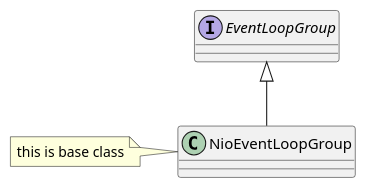
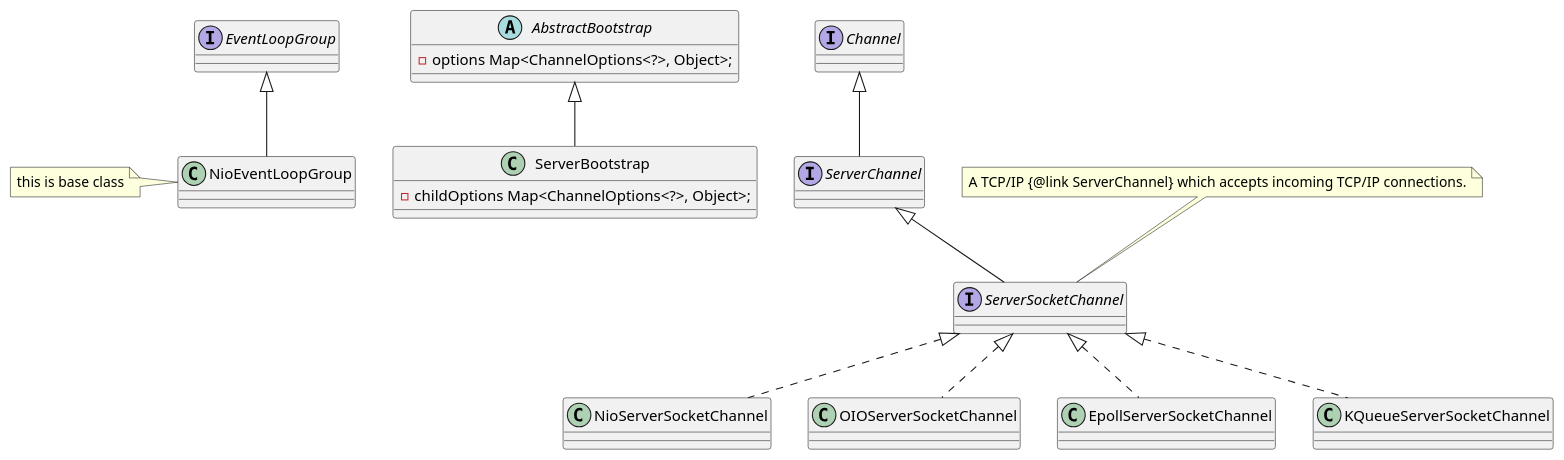
One commit to loversugar/netty-learning changed the diagram in netty.puml. Above: the diagram before and after it, drawn with PlantUML. The commit also changed 3 other files, not shown here.

```diff
--- a/netty.puml
+++ b/netty.puml
@@ -1,8 +1,34 @@
 @startuml
 interface EventLoopGroup
 class NioEventLoopGroup {
 }
 
 note left of NioEventLoopGroup: this is base class
 EventLoopGroup <|-- NioEventLoopGroup
+
+abstract AbstractBootstrap {
+    -options Map<ChannelOptions<?>, Object>;
+}
+class ServerBootstrap {
+    -childOptions Map<ChannelOptions<?>, Object>;
+}
+AbstractBootstrap <|-- ServerBootstrap
+
+interface Channel
+interface ServerChannel
+interface ServerSocketChannel
+note top of ServerSocketChannel: A TCP/IP {@link ServerChannel} which accepts incoming TCP/IP connections.
+
+class NioServerSocketChannel
+class OIOServerSocketChannel
+class EpollServerSocketChannel
+class KQueueServerSocketChannel
+
+Channel <|-- ServerChannel
+ServerChannel <|-- ServerSocketChannel
+ServerSocketChannel <|.. NioServerSocketChannel
+ServerSocketChannel <|.. OIOServerSocketChannel
+ServerSocketChannel <|.. EpollServerSocketChannel
+ServerSocketChannel <|.. KQueueServerSocketChannel
+
 @enduml
```
